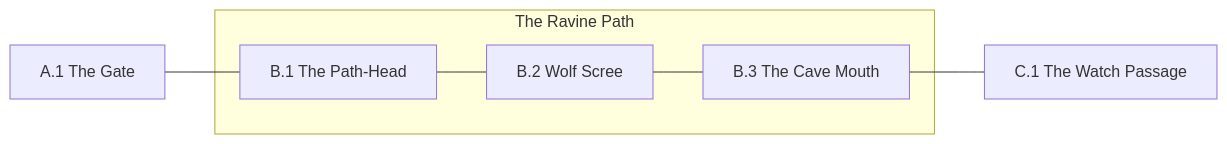
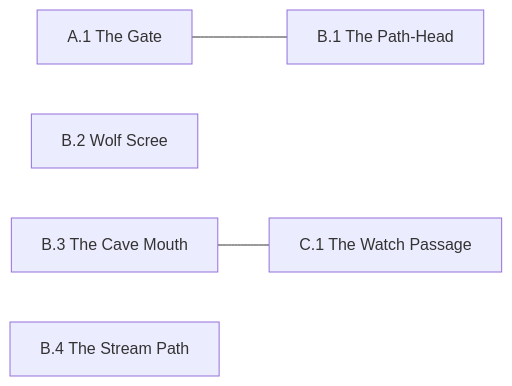
The diagram in setting/region/B/Connections.mmd (rstevenson1237/setting_builder), drawn with Mermaid before and after one commit. The commit also changed 88 other files, not shown here.

First line of the commit message:
Add join and top constraints for WILD region location graphs (#71)

```diff
--- a/setting/region/B/Connections.mmd
+++ b/setting/region/B/Connections.mmd
@@ -1,12 +1,9 @@
 graph LR
   A1["A.1 The Gate"]
-  subgraph The Ravine Path
-    B1["B.1 The Path-Head"]
-    B2["B.2 Wolf Scree"]
-    B3["B.3 The Cave Mouth"]
-  end
+  B1["B.1 The Path-Head"]
+  B2["B.2 Wolf Scree"]
+  B3["B.3 The Cave Mouth"]
+  B4["B.4 The Stream Path"]
   C1["C.1 The Watch Passage"]
   A1 --- B1
-  B1 --- B2
-  B2 --- B3
   B3 --- C1
```
